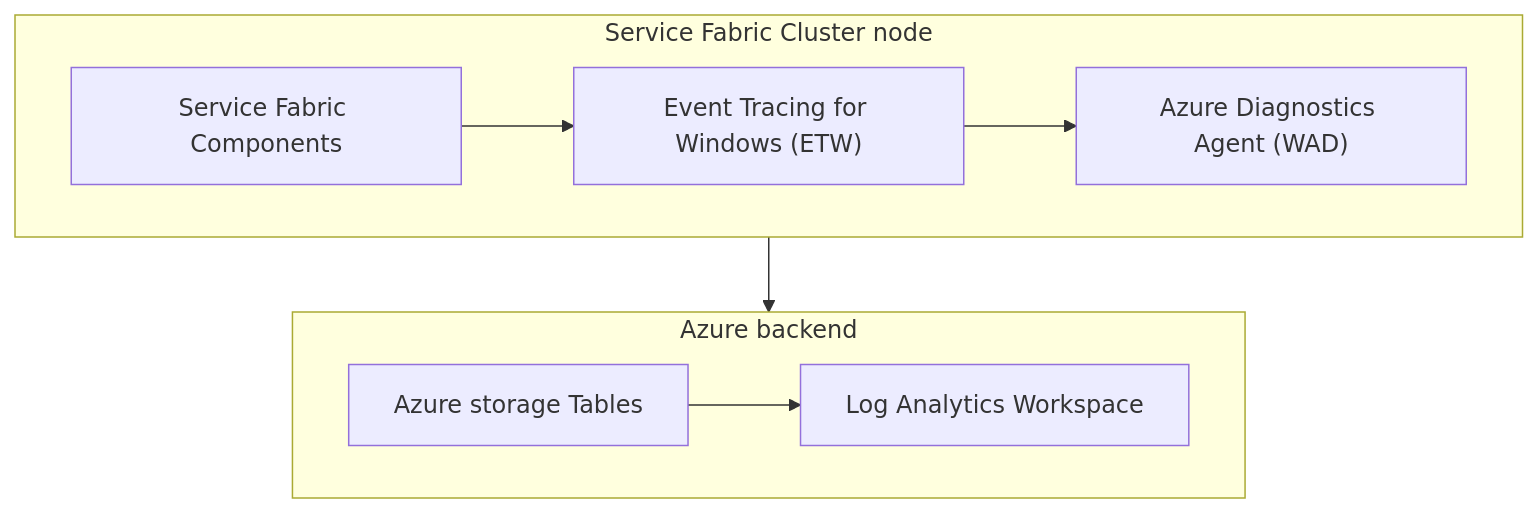
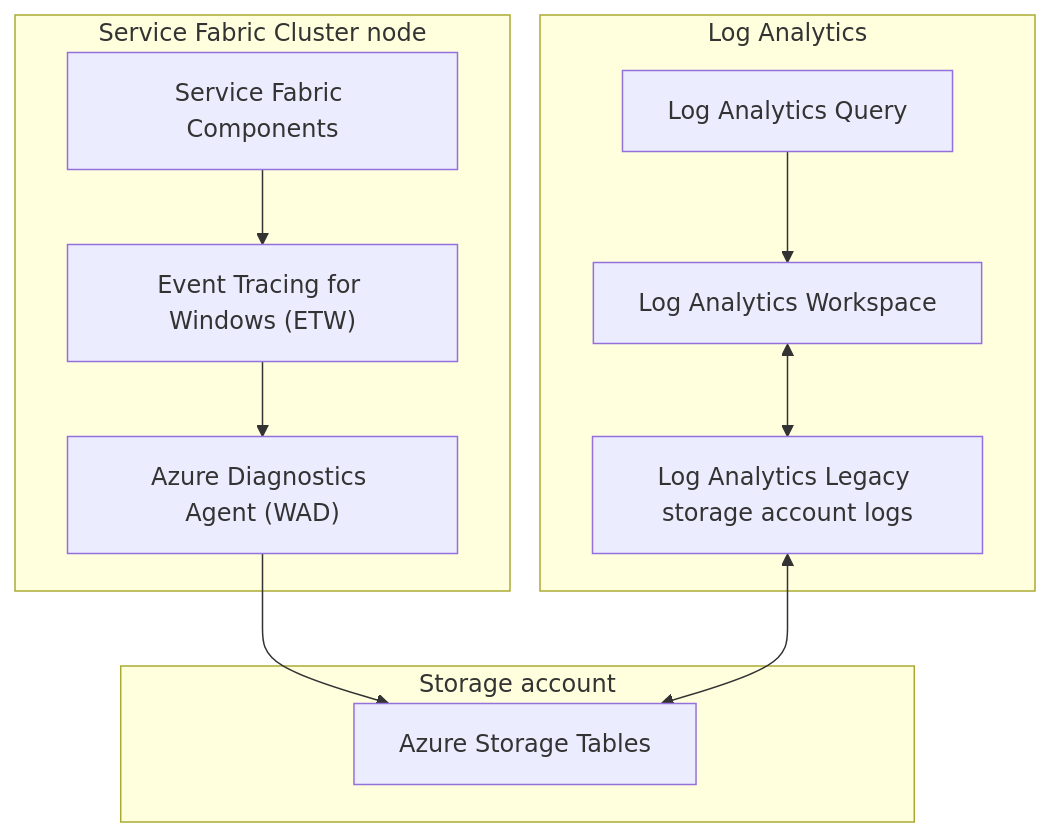
Before and after one commit to Azure/Service-Fabric-Troubleshooting-Guides: the diagram in Cluster/how-to-configure-log-analytics-for-service-fabric-clusters.md, drawn with Mermaid.

Commit message:
## draft ## update mermaid flow

````diff
--- a/Cluster/how-to-configure-log-analytics-for-service-fabric-clusters.md
+++ b/Cluster/how-to-configure-log-analytics-for-service-fabric-clusters.md
@@ -176,12 +176,16 @@
 ```mermaid
-graph TD;
-  subgraph sfc["Service Fabric Cluster node"];
-    A["Service Fabric Components"] --> B["Event Tracing for Windows (ETW)"];
-    B["Event Tracing for Windows (ETW)"] --> C["Azure Diagnostics Agent (WAD)"];
+graph TD
+  subgraph sfc["Service Fabric Cluster node"]
+    A["Service Fabric Components"] --> B["Event Tracing for Windows (ETW)"]
+    B["Event Tracing for Windows (ETW)"] --> C["Azure Diagnostics Agent (WAD)"]
   end
-  subgraph ab["Azure backend"];
-    D["Azure storage Tables"];
-    D["Azure storage Tables"] --> E["Log Analytics Workspace"];
+  subgraph as["Storage account"]
+    D["Azure Storage Tables"]
   end
-  sfc --> ab
+  subgraph la["Log Analytics"]
+    E["Log Analytics Query"] --> F["Log Analytics Workspace"]
+    F["Log Analytics Workspace"] <--> G["Log Analytics Legacy storage account logs"]
+  end
+C --> D
+G <--> D
 ```
````
